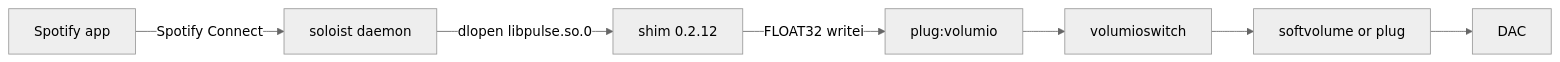
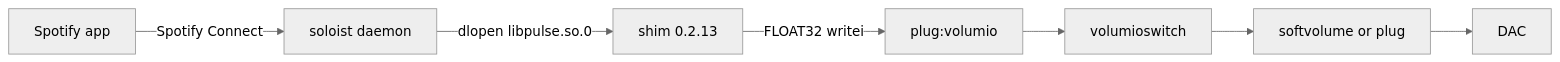
The first of 4 diagrams in README.md (foonerd/alsa_soloist_connect), drawn with Mermaid (neutral theme) before and after one commit. The commit also changed other lines of this file and 14 other files, not shown here.

First line of the commit message:
fix(shim): 0.9.9 a card whose delay figure stepped up is still playing; the plugin ships shim 0.2.13

````diff
--- a/README.md
+++ b/README.md
@@ -31,9 +31,9 @@
 ```mermaid
 flowchart LR
     SpotifyApp["Spotify app"] -->|"Spotify Connect"| Soloist["soloist daemon"]
-    Soloist -->|"dlopen libpulse.so.0"| Shim["shim 0.2.12"]
+    Soloist -->|"dlopen libpulse.so.0"| Shim["shim 0.2.13"]
     Shim -->|"FLOAT32 writei"| Plug["plug:volumio"]
     Plug --> Switch["volumioswitch"]
     Switch --> Out["softvolume or plug"]
     Out --> Dac["DAC"]
 ```
````
